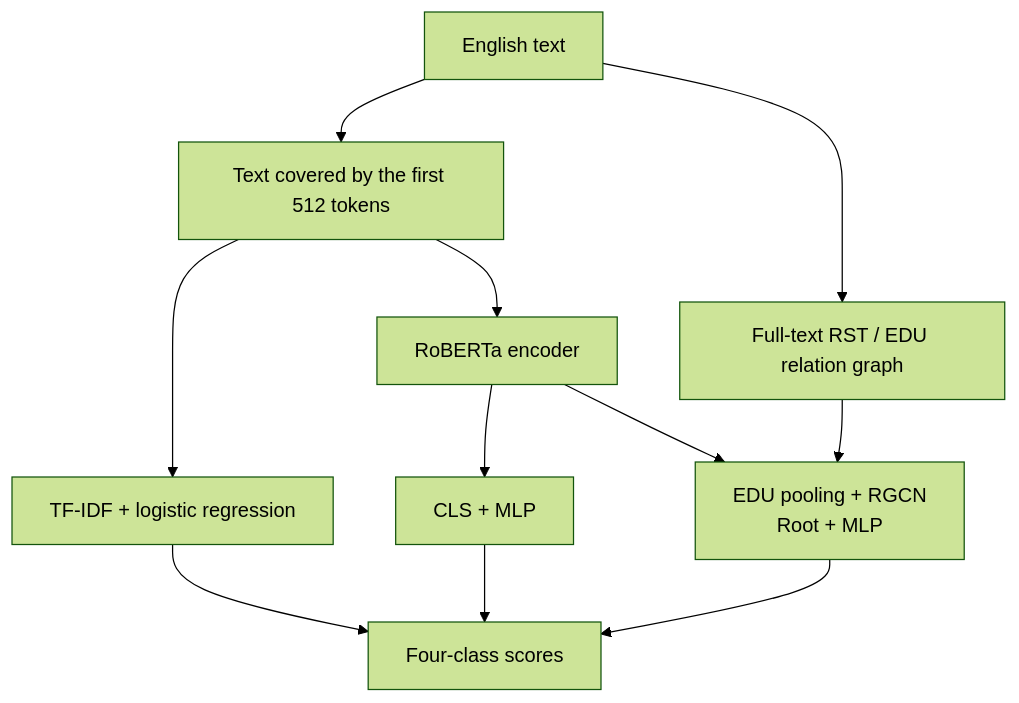
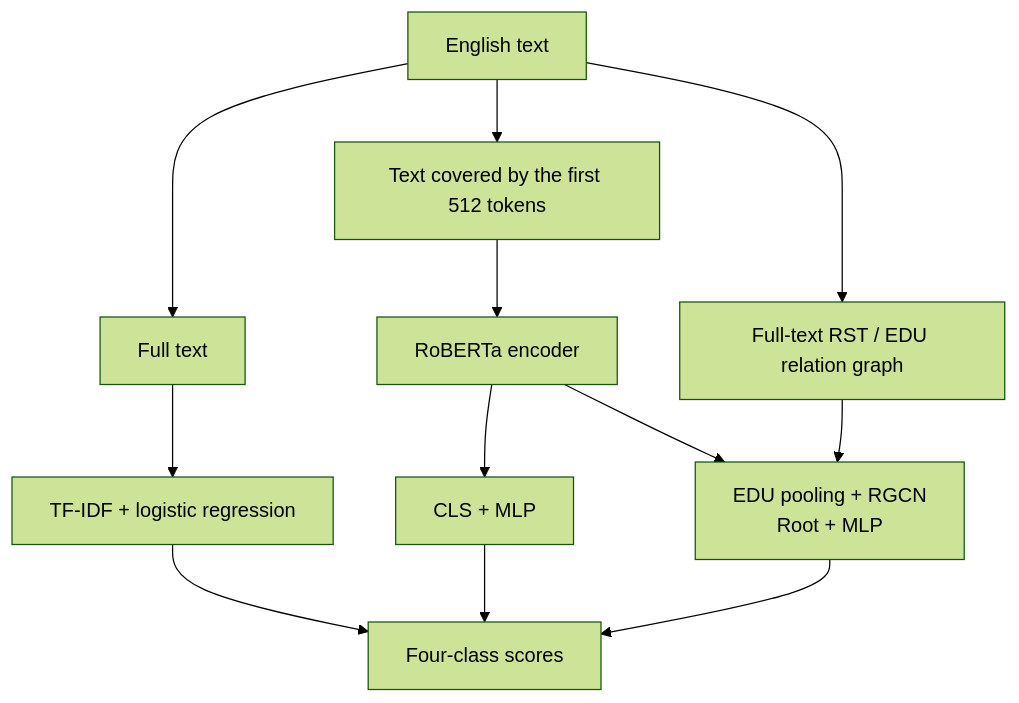
Before and after one commit to Realsbt/ee6405-nlp-project: the diagram in README.md, drawn with Mermaid (forest theme). The commit also changed 1 other file, not shown here.

Commit message:
Fix the pipeline diagram for the full-text TF-IDF path
TF-IDF has no position embeddings, so it now reads the whole document
instead of the first 512 tokens. The diagram still routed it through the
token window.

````diff
--- a/README.md
+++ b/README.md
@@ -48,13 +48,14 @@
 ```mermaid
 flowchart TB
     T["English text"] --> V["Text covered by the first 512 tokens"]
-    V --> F["TF-IDF + logistic regression"]
+    T --> W["Full text"]
+    W --> F["TF-IDF + logistic regression"]
     V --> B["RoBERTa encoder"]
     B --> C["CLS + MLP"]
     T --> G["Full-text RST / EDU relation graph"]
     B --> R["EDU pooling + RGCN<br/>Root + MLP"]
     G --> R
     F --> Y["Four-class scores"]
     C --> Y
     R --> Y
 ```
````
